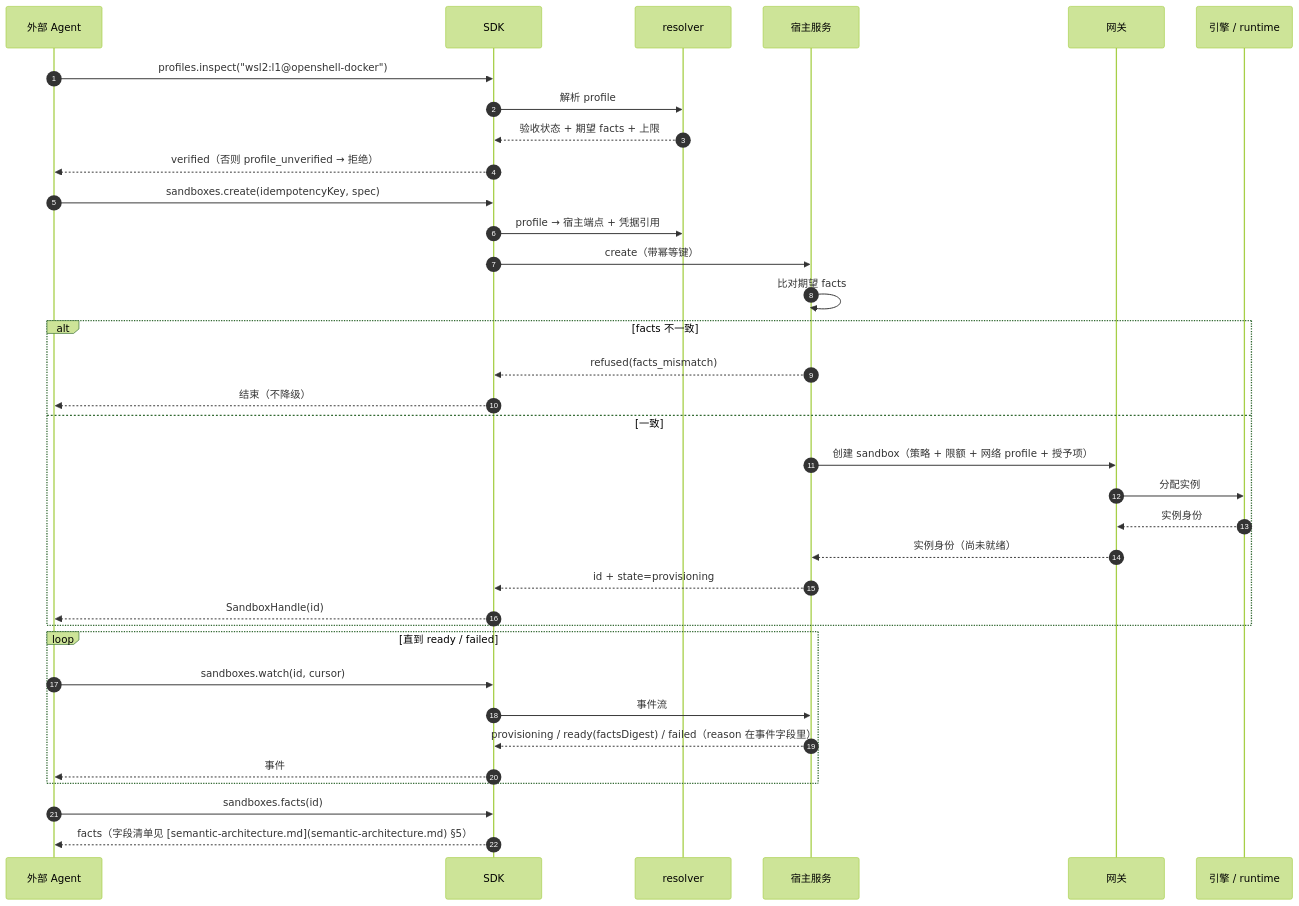
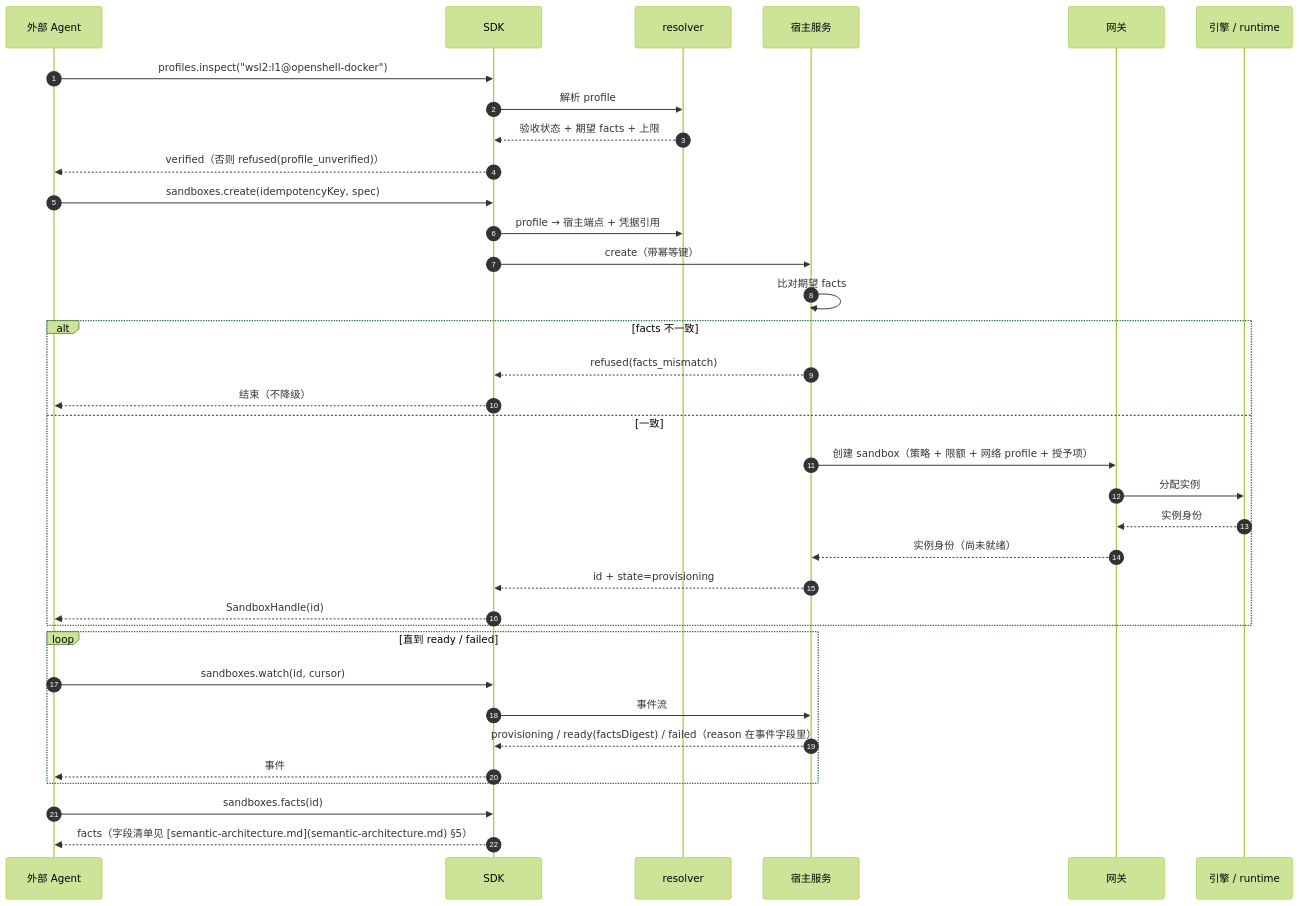
Before and after one commit to mapleluvr/kappa-box: the second of 7 diagrams in docs/flows.md, drawn with Mermaid (forest theme). The commit also changed other lines of this file and 9 other files, not shown here.

````diff
--- a/docs/flows.md
+++ b/docs/flows.md
@@ -83,37 +83,37 @@
 ```mermaid
 sequenceDiagram
   autonumber
   participant A as 外部 Agent
   participant S as SDK
   participant R as resolver
   participant V as 宿主服务
   participant G as 网关
   participant E as 引擎 / runtime
   A->>S: profiles.inspect("wsl2:l1@openshell-docker")
   S->>R: 解析 profile
   R-->>S: 验收状态 + 期望 facts + 上限
-  S-->>A: verified（否则 profile_unverified → 拒绝）
+  S-->>A: verified（否则 refused(profile_unverified)）
   A->>S: sandboxes.create(idempotencyKey, spec)
   S->>R: profile → 宿主端点 + 凭据引用
   S->>V: create（带幂等键）
   V->>V: 比对期望 facts
   alt facts 不一致
     V-->>S: refused(facts_mismatch)
     S-->>A: 结束（不降级）
   else 一致
     V->>G: 创建 sandbox（策略 + 限额 + 网络 profile + 授予项）
     G->>E: 分配实例
     E-->>G: 实例身份
     G-->>V: 实例身份（尚未就绪）
     V-->>S: id + state=provisioning
     S-->>A: SandboxHandle(id)
   end
   loop 直到 ready / failed
     A->>S: sandboxes.watch(id, cursor)
     S->>V: 事件流
     V-->>S: provisioning / ready(factsDigest) / failed（reason 在事件字段里）
     S-->>A: 事件
   end
   A->>S: sandboxes.facts(id)
   S-->>A: facts（字段清单见 [semantic-architecture.md](semantic-architecture.md) §5）
 ```
````
